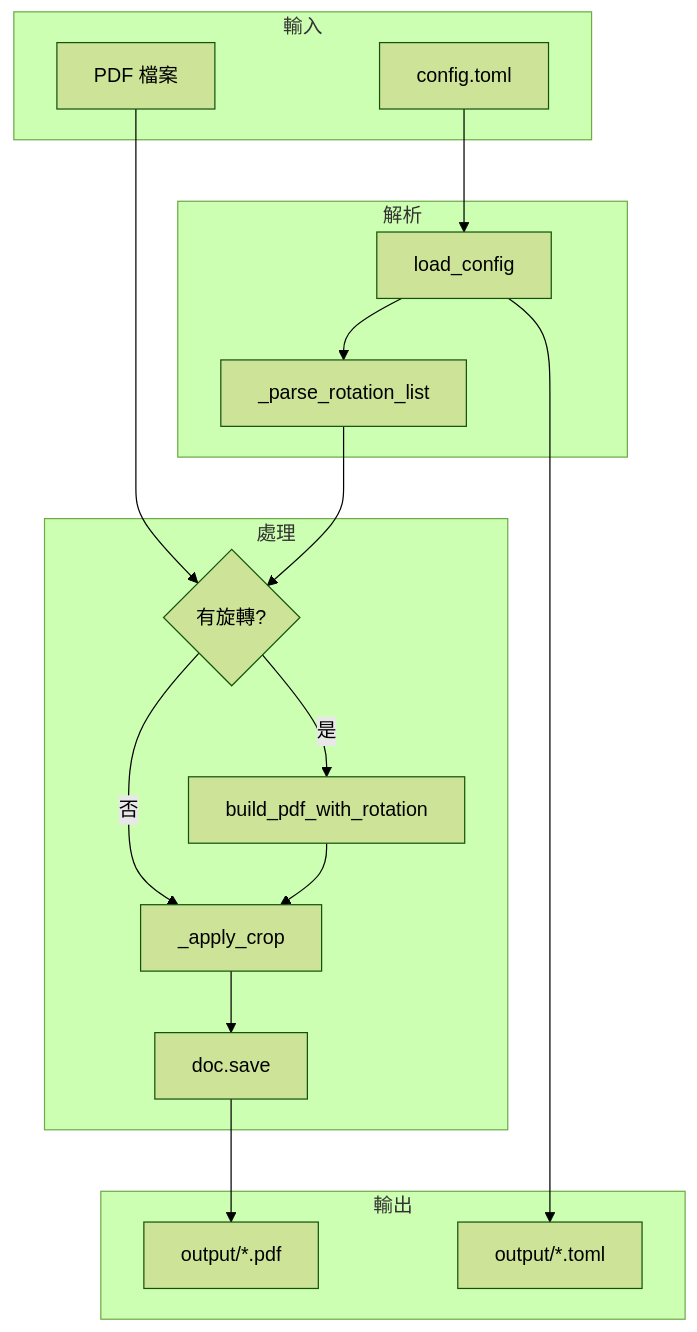
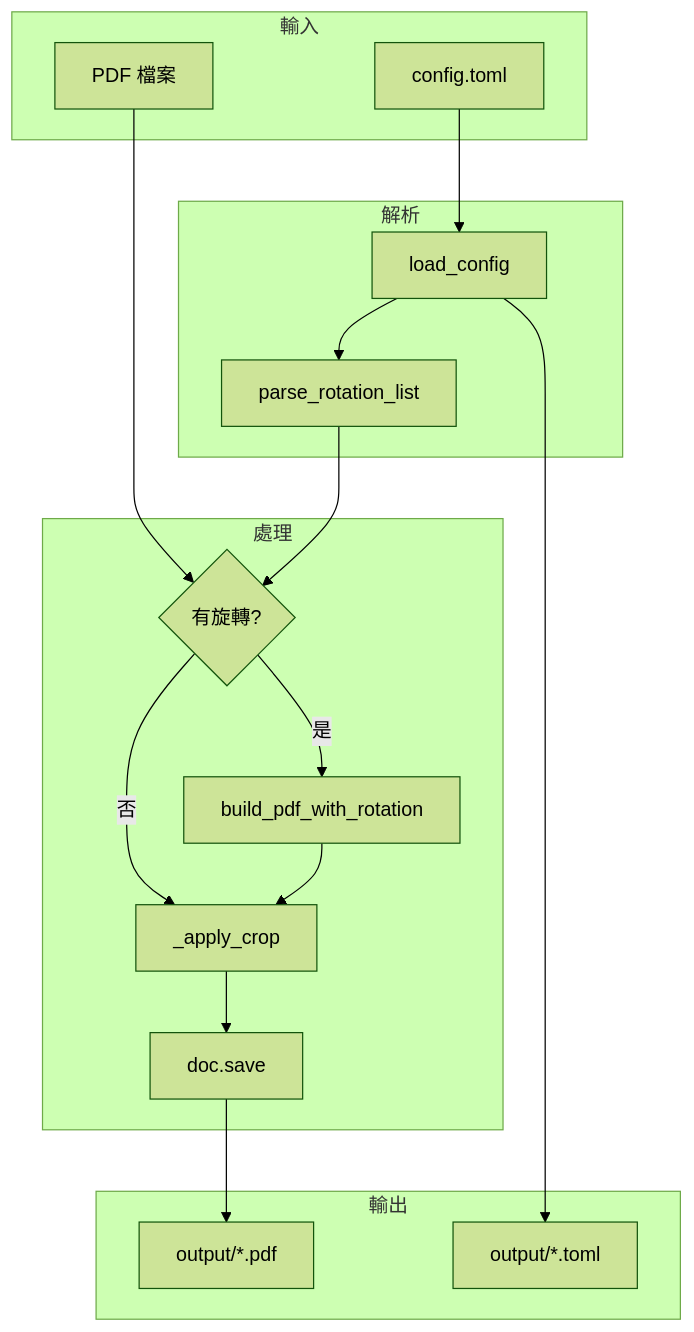
One commit to alexcode-cc/ebook-crop changed the diagram in docs/TECHNICAL_ANALYSIS.md. Above: the diagram before and after it, drawn with Mermaid (forest theme). The commit also changed other lines of this file and 2 other files, not shown here.

````diff
--- a/docs/TECHNICAL_ANALYSIS.md
+++ b/docs/TECHNICAL_ANALYSIS.md
@@ -43,35 +48,35 @@
 ```mermaid
 flowchart TD
     subgraph Input [輸入]
         A[config.toml]
         B[PDF 檔案]
     end
 
     subgraph Parse [解析]
         C[load_config]
-        D[_parse_rotation_list]
+        D[parse_rotation_list]
     end
 
     subgraph Process [處理]
         E{有旋轉?}
         F[build_pdf_with_rotation]
         G[_apply_crop]
         H[doc.save]
     end
 
     subgraph Output [輸出]
         I[output/*.pdf]
         J[output/*.toml]
     end
 
     A --> C
     C --> D
     B --> E
     D --> E
     E -->|是| F
     E -->|否| G
     F --> G
     G --> H
     H --> I
     C --> J
 ```
````
